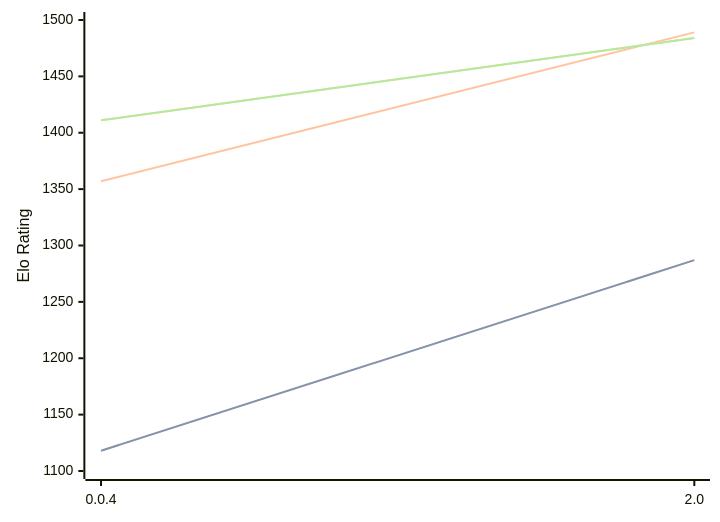
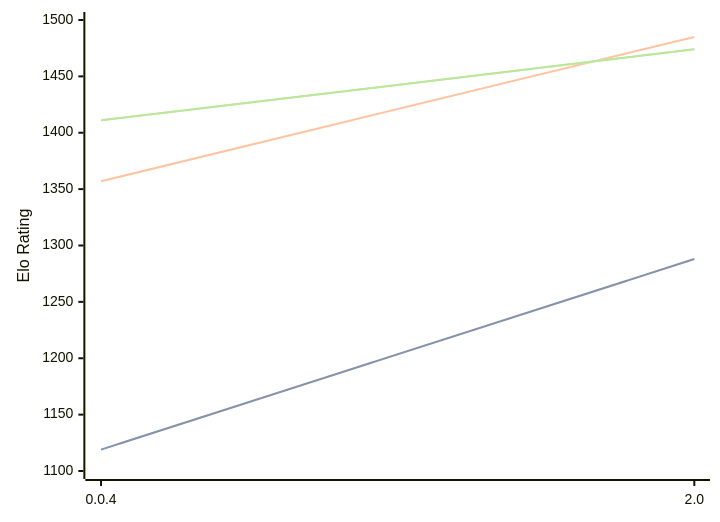
Before and after one commit to computer-chess-index/cci: the diagram in engines/Oops!Mate.md, drawn with Mermaid. The commit also changed other lines of this file, not shown here.

Commit message:
Update CCI Ratings (ELO VLTC) - 2026-03-30

````diff
--- a/engines/Oops!Mate.md
+++ b/engines/Oops!Mate.md
@@ -51,11 +51,11 @@
 ```mermaid
 %%{init: {"theme":"base","themeVariables":{"seriesColors:['#a3a3a3','#222221','#faa371']}}}%%
 xychart-beta
   x-axis ["0.0.4", "2.0"]
   y-axis "Elo Rating" 1100 --> 1500
-  line "STC (8.0+0.08s)" [1118, 1287]
-  line "STC (8.0+0.08s)" [1118, 1287]
-  line "LTC (60.0+0.60s)" [1357, 1489]
-  line "VLTC (2m24s+1.12s)" [1411, 1484]
-  line "VLTC (2m24s+1.12s)" [1411, 1484]
+  line "STC (8.0+0.08s)" [1119, 1288]
+  line "STC (8.0+0.08s)" [1119, 1288]
+  line "LTC (60.0+0.60s)" [1357, 1485]
+  line "VLTC (2m24s+1.12s)" [1411, 1474]
+  line "VLTC (2m24s+1.12s)" [1411, 1474]
 ```
````
